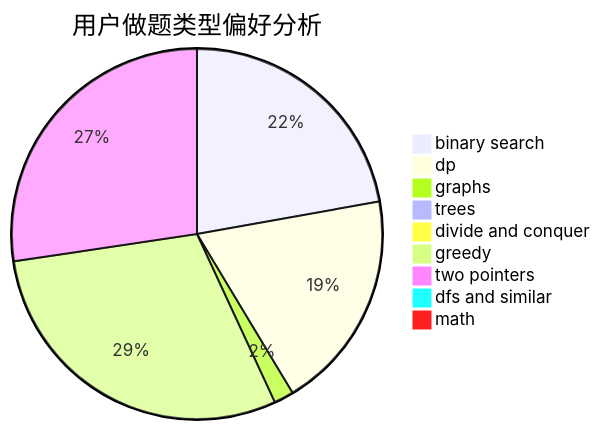
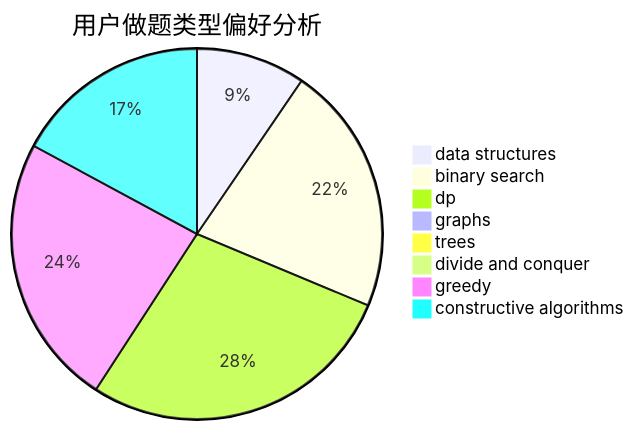
Before and after one commit to sherpahu/cfrs.github.io: the second of 3 diagrams in docs/user/u1040.md, drawn with Mermaid. The commit also changed other lines of this file and 2775 other files, not shown here.

````diff
--- a/docs/user/u1040.md
+++ b/docs/user/u1040.md
@@ -23,12 +23,11 @@
 ```mermaid
 pie title 用户做题类型偏好分析
-    "binary search" :  193
-    "dp" :  167
-    "graphs" :  15
-    "trees" :  7
+    "data structures" :  39
+    "binary search" :  89
+    "dp" :  114
+    "graphs" :  0
+    "trees" :  3
     "divide and conquer" :  0
-    "greedy" :  257
-    "two pointers" :  238
-    "dfs and similar" :  7
-    "math" :  7
+    "greedy" :  97
+    "constructive algorithms" :  70
 ```
````
